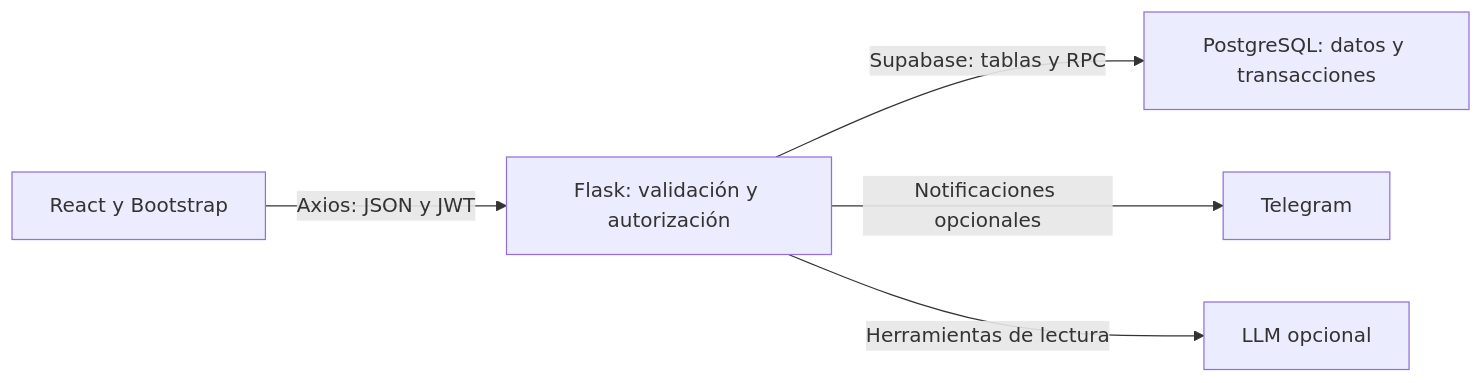
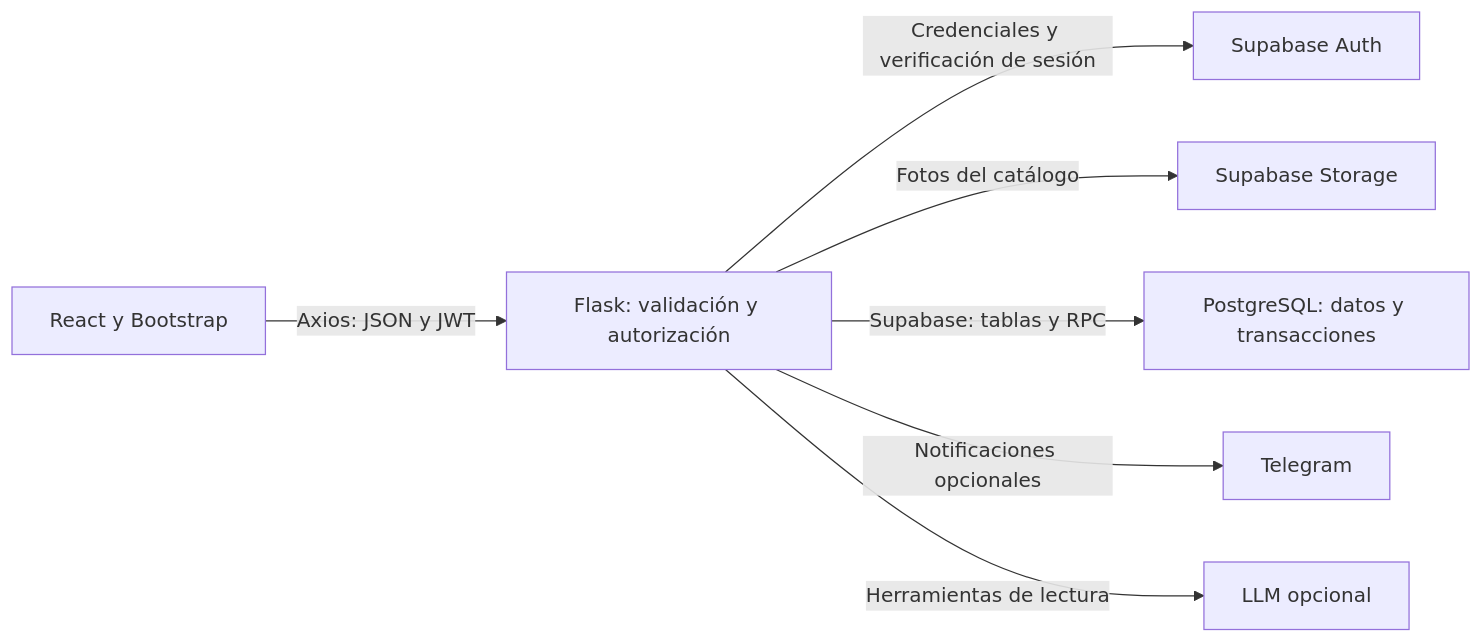
The diagram in GUIA_DEFENSA.md (jjtl147/pizzeria-muneco), drawn with Mermaid before and after one commit. The commit also changed other lines of this file and 37 other files, not shown here.

Commit message:
feat: integrar Supabase Auth y Storage y añadir filtros de usuarios y ventas

````diff
--- a/GUIA_DEFENSA.md
+++ b/GUIA_DEFENSA.md
@@ -13,7 +13,9 @@
 ```mermaid
 flowchart LR
     Cliente[React y Bootstrap] -->|Axios: JSON y JWT| Flask[Flask: validación y autorización]
+    Flask -->|Credenciales y verificación de sesión| Auth[Supabase Auth]
+    Flask -->|Fotos del catálogo| Storage[Supabase Storage]
     Flask -->|Supabase: tablas y RPC| PostgreSQL[PostgreSQL: datos y transacciones]
     Flask -->|Notificaciones opcionales| Telegram[Telegram]
     Flask -->|Herramientas de lectura| LLM[LLM opcional]
 ```
````
